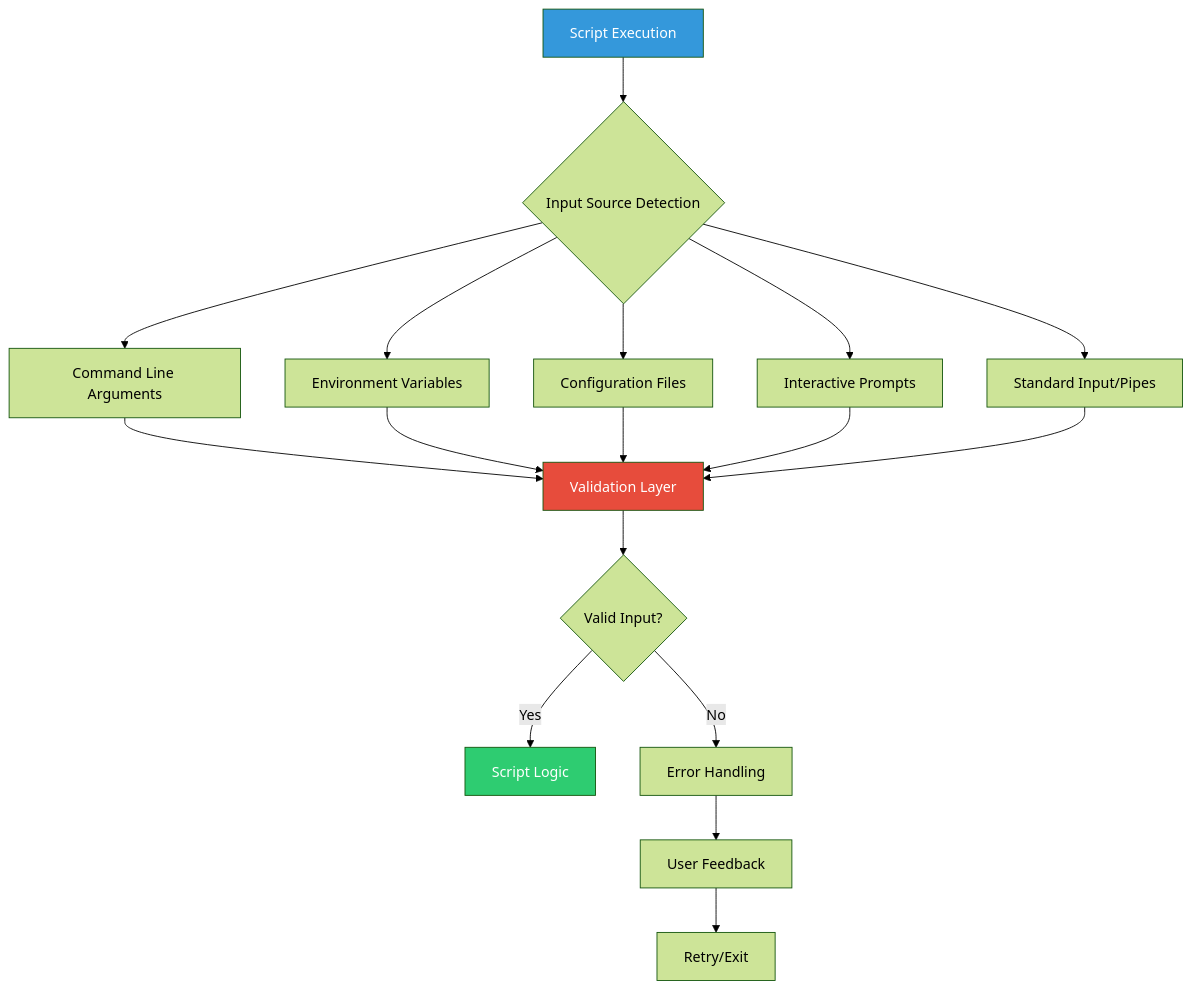
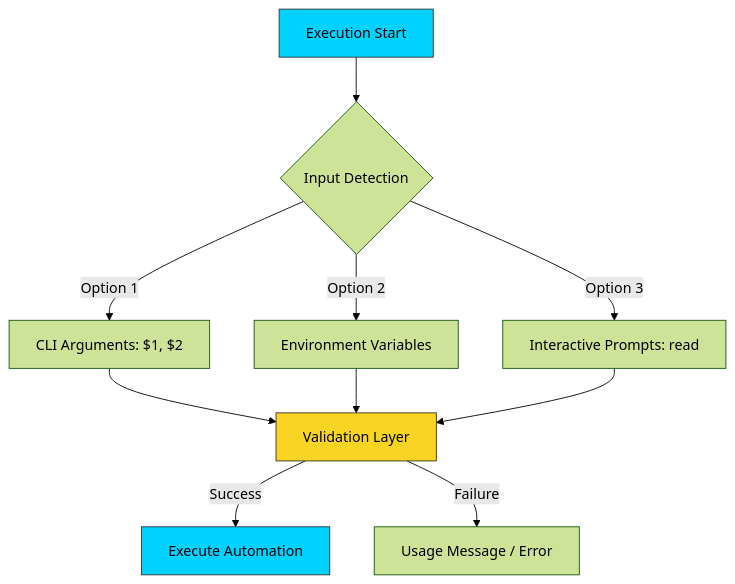
The diagram in 1-Beginner/02-Phase-2/01-Automation/01-Shell-Scripting/13-User-Input/README.md (Ganil151/Devops), drawn with Mermaid (forest theme) before and after one commit. The commit also changed other lines of this file and 44 other files, not shown here.

````diff
--- a/1-Beginner/02-Phase-2/01-Automation/01-Shell-Scripting/13-User-Input/README.md
+++ b/1-Beginner/02-Phase-2/01-Automation/01-Shell-Scripting/13-User-Input/README.md
@@ -33,25 +5,18 @@
 ```mermaid
 graph TD
-    A[Script Execution] --> B{Input Source Detection}
-    B --> C[Command Line Arguments]
-    B --> D[Environment Variables]
-    B --> E[Configuration Files]
-    B --> F[Interactive Prompts]
-    B --> G[Standard Input/Pipes]
+    A[Execution Start] --> B{Input Detection}
+    B -->|Option 1| C[CLI Arguments: $1, $2]
+    B -->|Option 2| D[Environment Variables]
+    B -->|Option 3| E[Interactive Prompts: read]
     
-    C --> H[Validation Layer]
-    D --> H
-    E --> H
-    F --> H
-    G --> H
+    C --> F[Validation Layer]
+    D --> F
+    E --> F
     
-    H --> I{Valid Input?}
-    I -->|Yes| J[Script Logic]
-    I -->|No| K[Error Handling]
-    K --> L[User Feedback]
-    L --> M[Retry/Exit]
+    F -->|Success| G[Execute Automation]
+    F -->|Failure| H[Usage Message / Error]
     
-    style A fill:#3498db,color:#fff
-    style H fill:#e74c3c,color:#fff
-    style J fill:#2ecc71,color:#fff
+    style A fill:#00d2ff,stroke:#333
+    style F fill:#f9d423,stroke:#333
+    style G fill:#00d2ff,stroke:#333
 ```
````
